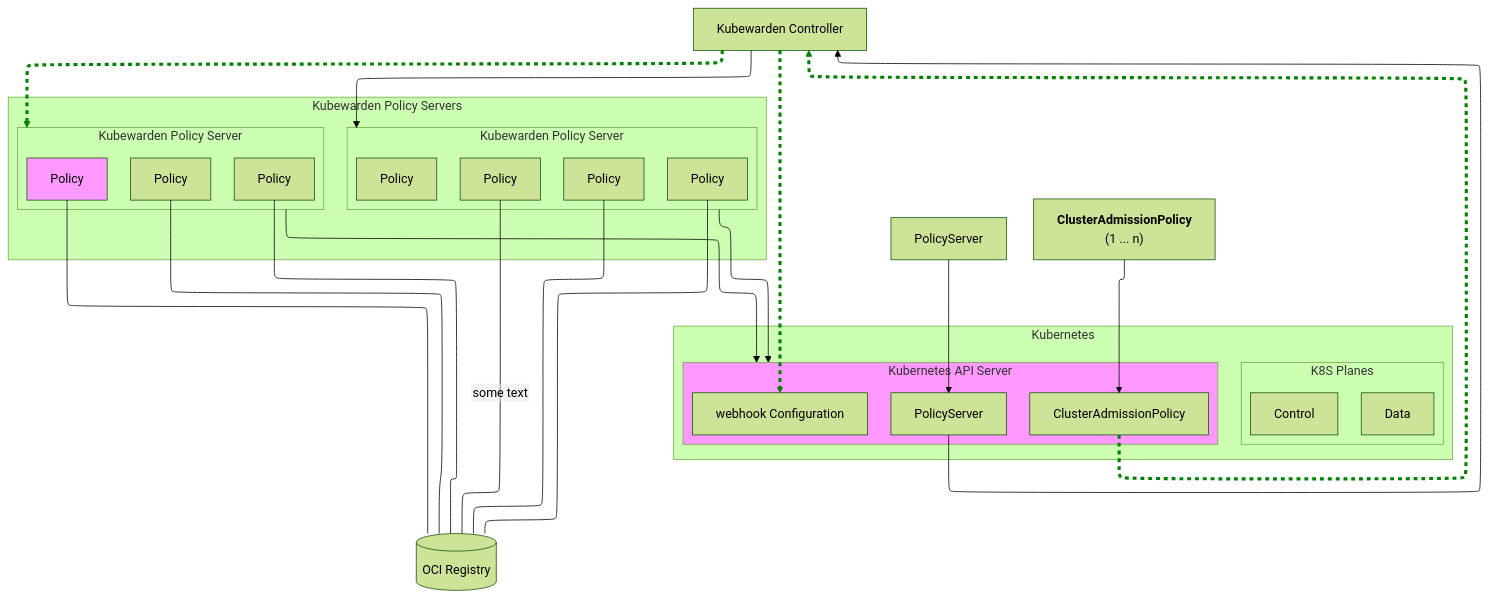
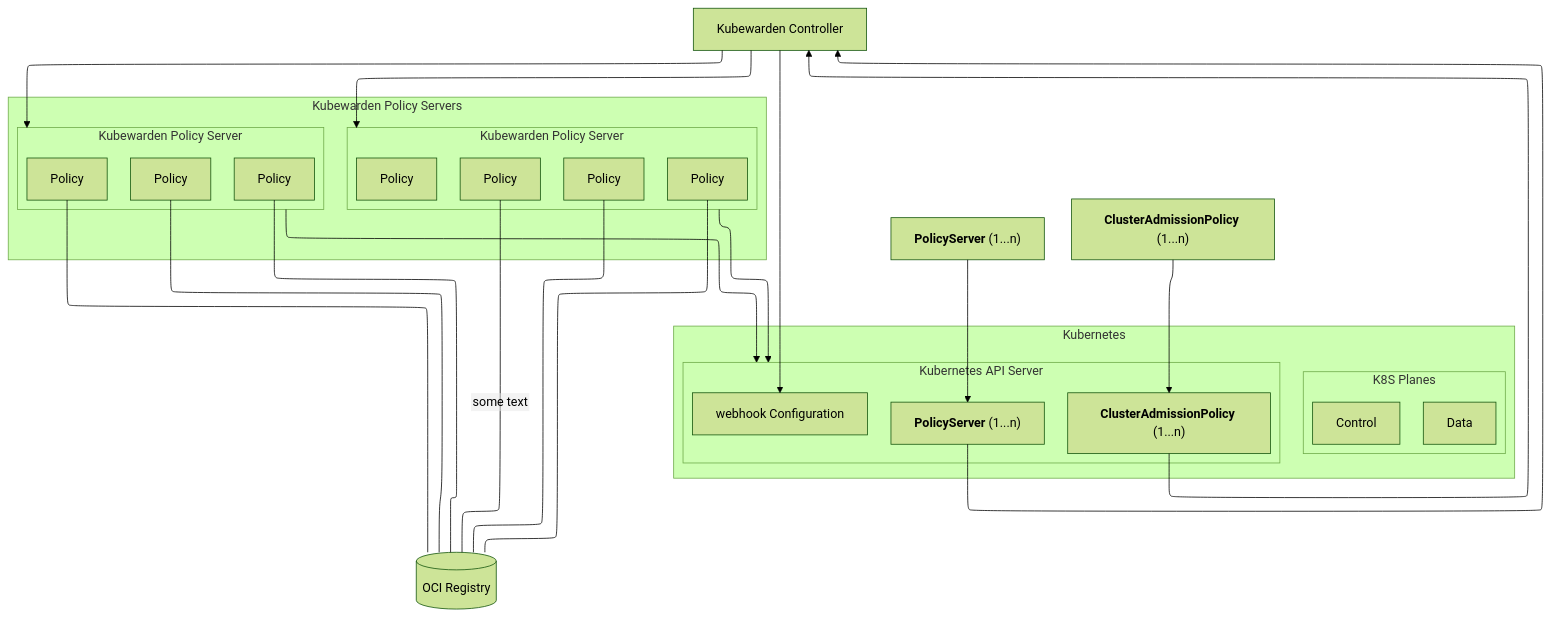
One commit to jhkrug/hw-diag changed the second of 2 diagrams in docs/kubewarden-use-case/kw-arch.md. Above: the diagram before and after it, drawn with Mermaid (forest theme). The commit also changed other lines of this file and 5 other files, not shown here.

Commit message:
Finished for Tuesday, added some simple PlantUML

````diff
--- a/docs/kubewarden-use-case/kw-arch.md
+++ b/docs/kubewarden-use-case/kw-arch.md
@@ -111,62 +108,60 @@
 ```mermaid
 %%{
   init: {
     "flowchart": {
       "htmlLabels": false,
       "defaultRenderer": "elk"
     }
   }
 }%%
 graph TB
     kubewarden_controller[Kubewarden Controller]
     subgraph k8s[Kubernetes]
       subgraph kubernetes_api_server[Kubernetes API Server]
           policy_server_in[PolicyServer]
           cluster_admission_policy_in[ClusterAdmissionPolicy]
           webhook_configuration[webhook Configuration]
       end
       subgraph planes[K8S Planes]
       k8s_control_plane[Control]
       k8s_data_plane[Data]
       end
     end
-    policy_server_out[PolicyServer]
-    cluster_admission_policy_out["`**ClusterAdmissionPolicy**<br/>(1 ... n)`"]
-    cluster_admission_policy_in[ClusterAdmissionPolicy]
+    policy_server_out["`**PolicyServer** (1...n)`"]
+    policy_server_in["`**PolicyServer** (1...n)`"]
+    cluster_admission_policy_out["`**ClusterAdmissionPolicy** (1...n)`"]
+    cluster_admission_policy_in["`**ClusterAdmissionPolicy** (1...n)`"]
     kubewarden_policy_server_1[Kubewarden Policy Server]
     kubewarden_policy_server_2[Kubewarden Policy Server]
     oci_registry[(OCI Registry)]
     policy_server_out --> policy_server_in
     cluster_admission_policy_out --> cluster_admission_policy_in
     policy_server_in --> kubewarden_controller
     cluster_admission_policy_in --> kubewarden_controller
     kubewarden_controller --> webhook_configuration
     kubewarden_controller --> kubewarden_policy_server_1
     kubewarden_controller --> kubewarden_policy_server_2
     subgraph kwps [Kubewarden Policy Servers]
       subgraph kubewarden_policy_server_1[Kubewarden Policy Server]
           direction LR
           policy_1[Policy]
           policy_2[Policy]
           policy_3[Policy]
       end
       subgraph kubewarden_policy_server_2[Kubewarden Policy Server]
           direction LR
           policy_4[Policy]
           policy_5[Policy]
           policy_6[Policy]
           policy_7[Policy]
       end
     end
     policy_1 --- oci_registry
     policy_2 --- oci_registry
     policy_3 --- oci_registry
     policy_4 --- oci_registry
     policy_5 --- oci_registry
     policy_6 ---|some text| oci_registry
     kubewarden_policy_server_1 --> kubernetes_api_server
     kubewarden_policy_server_2 --> kubernetes_api_server
-    style policy_1 fill:#f9f
-    style kubernetes_api_server fill:#f9f
-    linkStyle 3,4,5 stroke:green,stroke-width:4px,stroke-dasharray: 5 5
 ```
````
